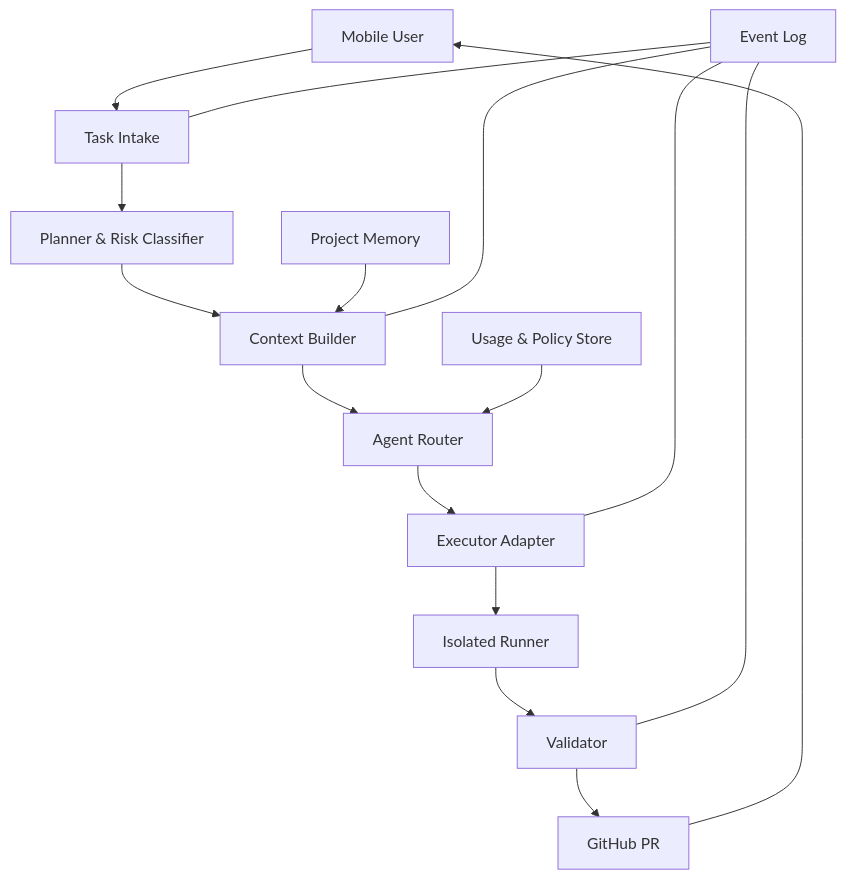
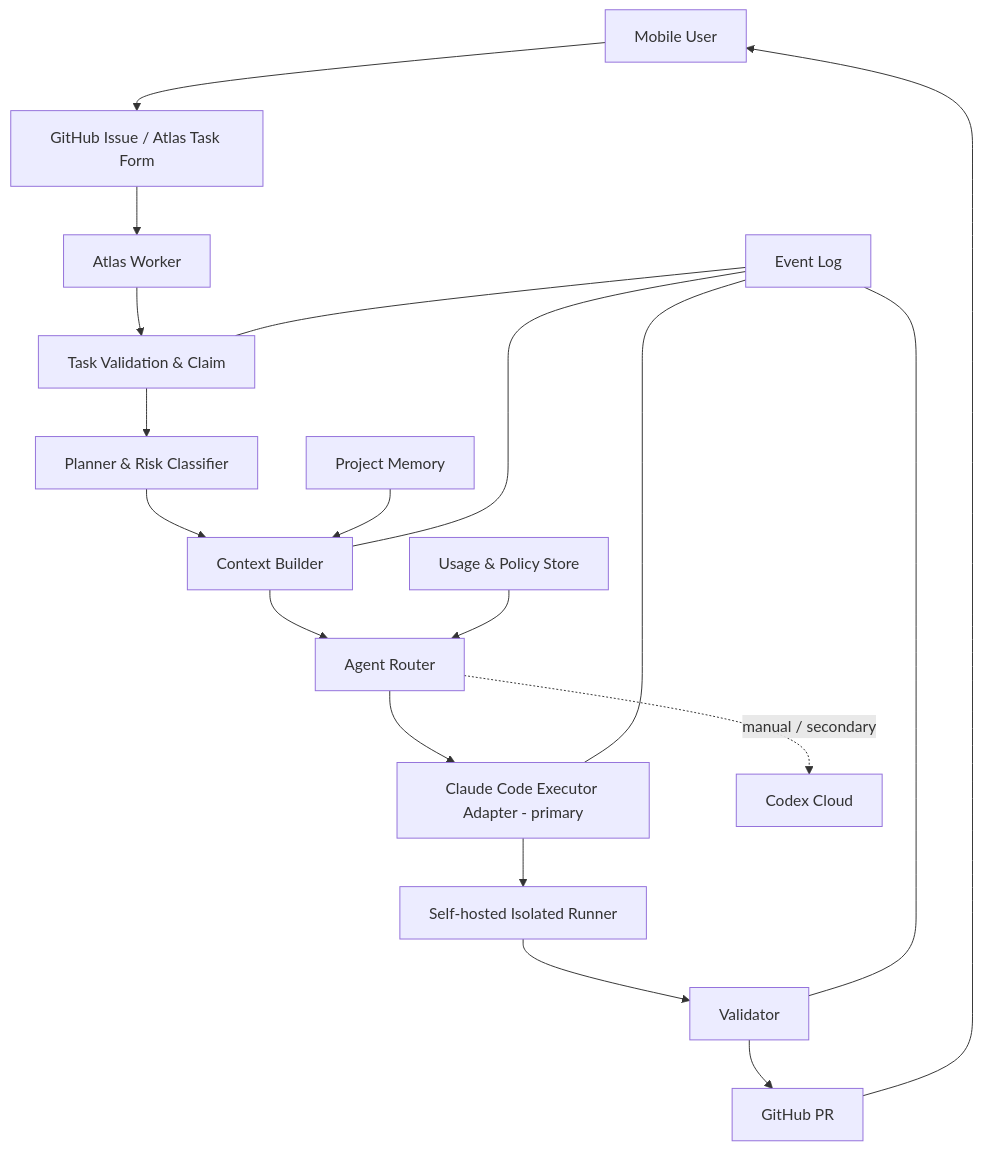
One commit to hongwon1031/atlas changed the second of 3 diagrams in docs/architecture.md. Above: the diagram before and after it, drawn with Mermaid. The commit also changed other lines of this file and 8 other files, not shown here.

````diff
--- a/docs/architecture.md
+++ b/docs/architecture.md
@@ -16,18 +34,21 @@
 ```mermaid
 flowchart TD
-    U["Mobile User"] --> I["Task Intake"]
+    U["Mobile User"] --> GI["GitHub Issue / Atlas Task Form"]
+    GI --> W["Atlas Worker"]
+    W --> I["Task Validation & Claim"]
     I --> P["Planner & Risk Classifier"]
     P --> C["Context Builder"]
     C --> R["Agent Router"]
-    R --> E["Executor Adapter"]
-    E --> X["Isolated Runner"]
+    R --> E["Claude Code Executor Adapter - primary"]
+    R -. "manual / secondary" .-> CC["Codex Cloud"]
+    E --> X["Self-hosted Isolated Runner"]
     X --> V["Validator"]
     V --> G["GitHub PR"]
     G --> U
     M["Project Memory"] --> C
     S["Usage & Policy Store"] --> R
     O["Event Log"] --- I
     O --- C
     O --- E
     O --- V
 ```
````
